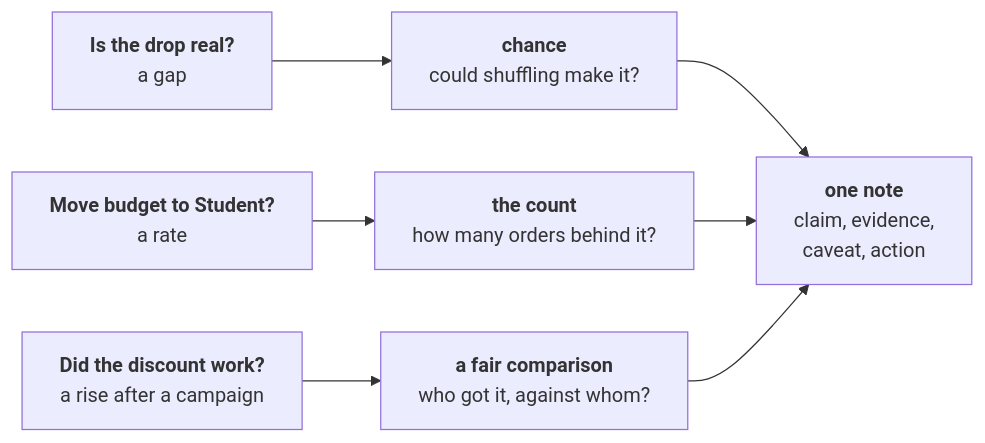
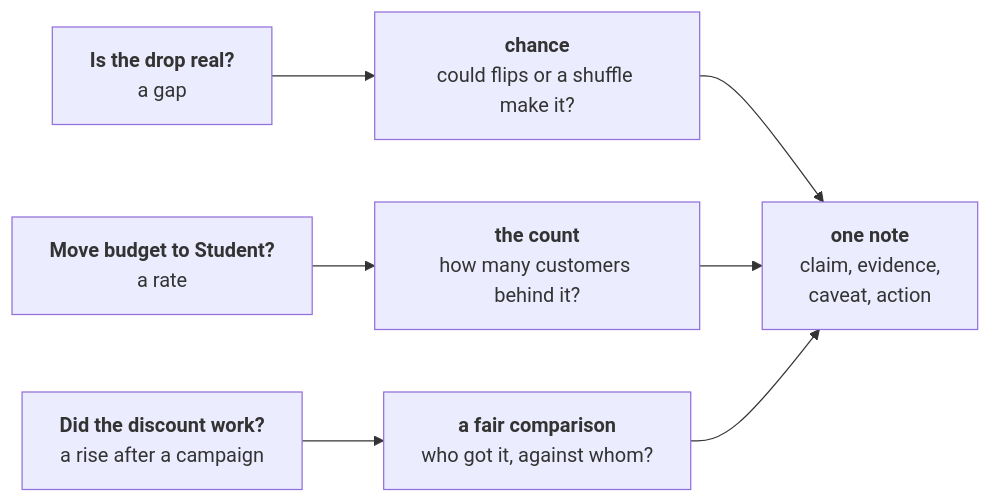
The first of 7 diagrams in content/W01/D4/whiteboards/C2_W01_D04_real_or_wobble_STUDENT.md (fde-academy-lab/c2-content-factory), drawn with Mermaid before and after one commit. The commit also changed other lines of this file and 2 other files, not shown here.

First line of the commit message:
W01 D4 board work: the cards as five members' pairs with both directions, the four options by design, the line at thirty customers

````diff
--- a/content/W01/D4/whiteboards/C2_W01_D04_real_or_wobble_STUDENT.md
+++ b/content/W01/D4/whiteboards/C2_W01_D04_real_or_wobble_STUDENT.md
@@ -14,9 +14,9 @@
 ```mermaid
 flowchart LR
-    Q1["<b>Is the drop real?</b><br/>a gap"] --> H1["<b>chance</b><br/>could shuffling make it?"]
-    Q2["<b>Move budget to Student?</b><br/>a rate"] --> H2["<b>the count</b><br/>how many orders behind it?"]
+    Q1["<b>Is the drop real?</b><br/>a gap"] --> H1["<b>chance</b><br/>could flips or a shuffle make it?"]
+    Q2["<b>Move budget to Student?</b><br/>a rate"] --> H2["<b>the count</b><br/>how many customers behind it?"]
     Q3["<b>Did the discount work?</b><br/>a rise after a campaign"] --> H3["<b>a fair comparison</b><br/>who got it, against whom?"]
     H1 --> N["<b>one note</b><br/>claim, evidence,<br/>caveat, action"]
     H2 --> N
     H3 --> N
 ```
````
